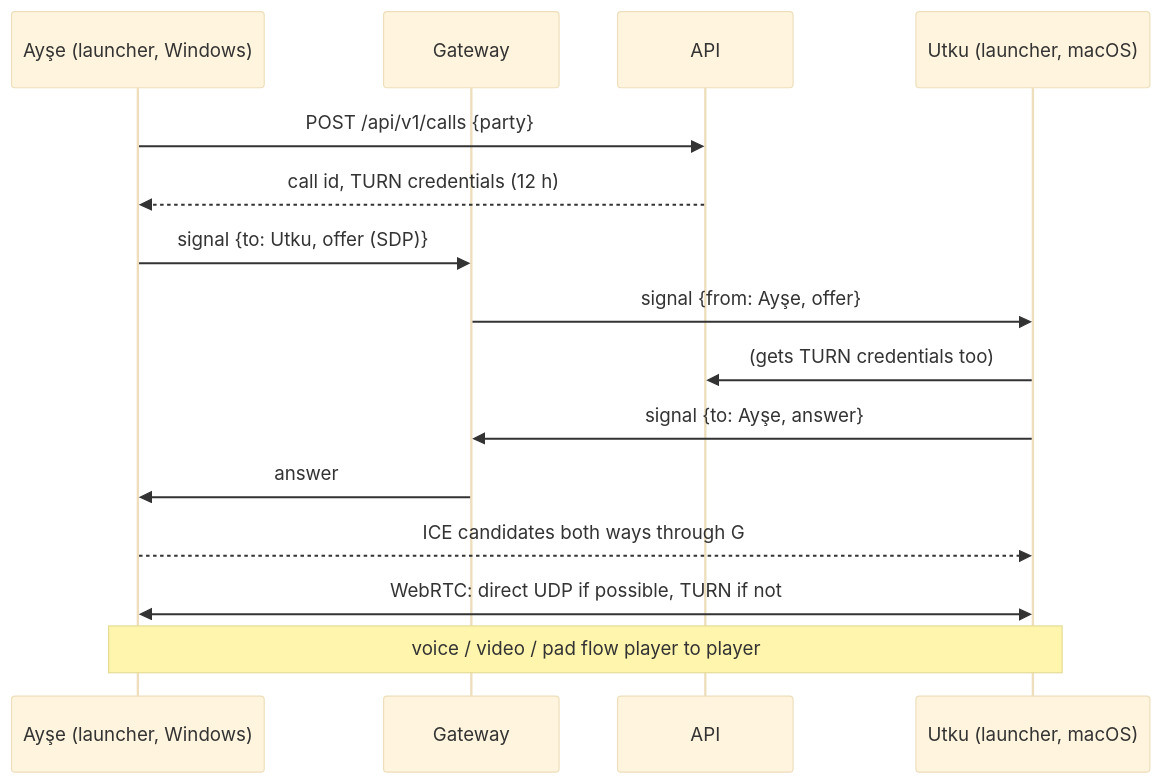
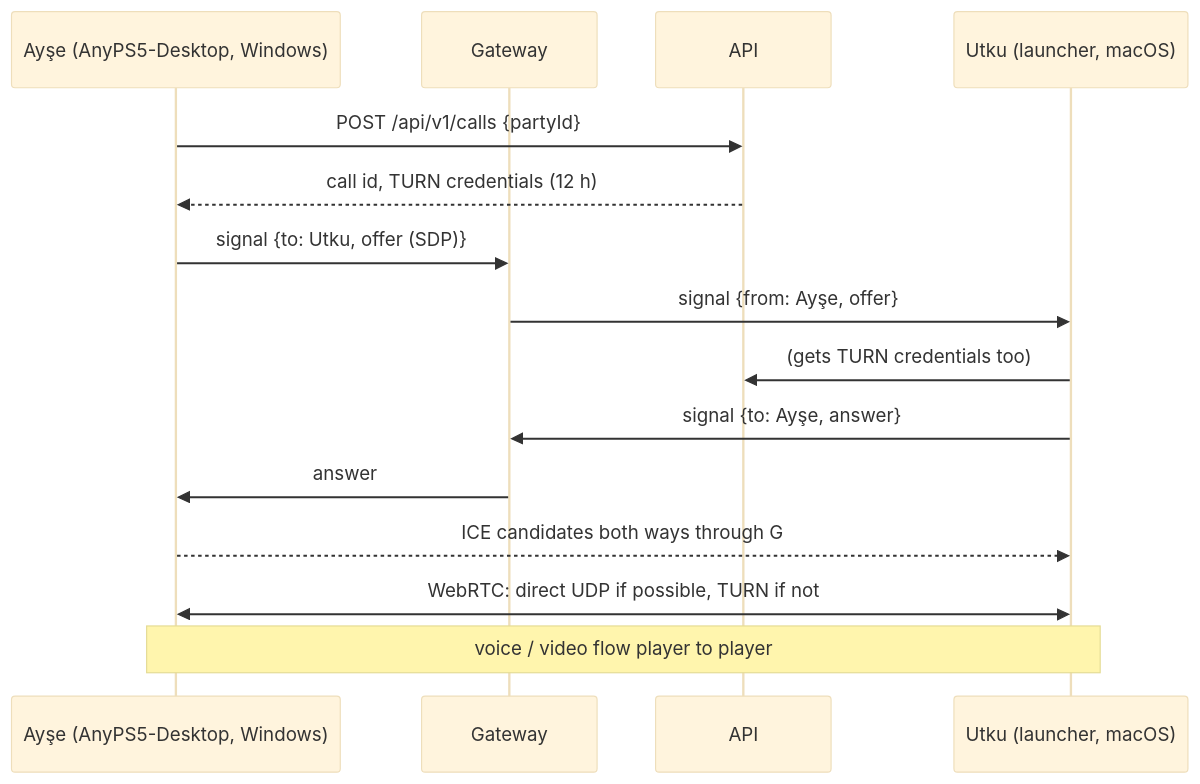
One commit to AnyTogether/AnyPS5-ARM changed the second of 2 diagrams in docs/en/02-architecture.md. Above: the diagram before and after it, drawn with Mermaid (base theme). The commit also changed other lines of this file and 12 other files, not shown here.

````diff
--- a/docs/en/02-architecture.md
+++ b/docs/en/02-architecture.md
@@ -152,17 +167,17 @@
 ```mermaid
 sequenceDiagram
-    participant A as Ayşe (launcher, Windows)
+    participant A as Ayşe (AnyPS5-Desktop, Windows)
     participant G as Gateway
     participant API as API
     participant U as Utku (launcher, macOS)
-    A->>API: POST /api/v1/calls {party}
+    A->>API: POST /api/v1/calls {partyId}
     API-->>A: call id, TURN credentials (12 h)
     A->>G: signal {to: Utku, offer (SDP)}
     G->>U: signal {from: Ayşe, offer}
     U->>API: (gets TURN credentials too)
     U->>G: signal {to: Ayşe, answer}
     G->>A: answer
     A-->>U: ICE candidates both ways through G
     A<<->>U: WebRTC: direct UDP if possible, TURN if not
-    Note over A,U: voice / video / pad flow player to player
+    Note over A,U: voice / video flow player to player
 ```
````
